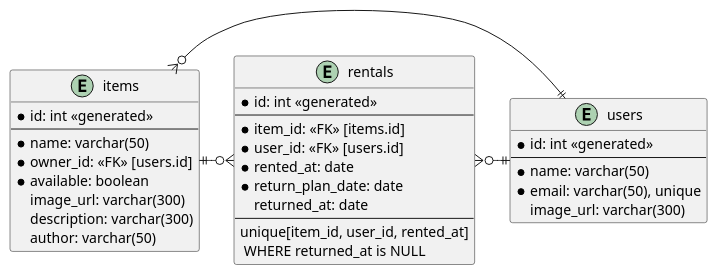
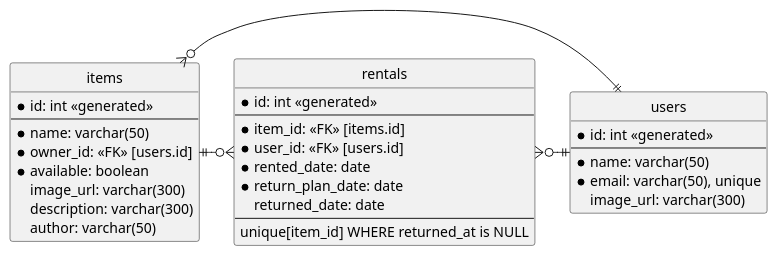
One commit to naoyuki1115/chan-kari changed the diagram in docs/er_diagram/er_diagram.pu. Above: the diagram before and after it, drawn with PlantUML. The commit also changed 23 other files, not shown here.

```diff
--- a/docs/er_diagram/er_diagram.pu
+++ b/docs/er_diagram/er_diagram.pu
@@ -1,36 +1,38 @@
 @startuml
+hide circle
+
 entity "users" {
   * id: int <<generated>>
   --
   * name: varchar(50)
   * email: varchar(50), unique
     image_url: varchar(300)
 }
 
 entity "items" {
   *id: int <<generated>>
   --
   * name: varchar(50)
   * owner_id: <<FK>> [users.id]
   * available: boolean
     image_url: varchar(300)
     description: varchar(300)
     author: varchar(50)
 }
 
 entity "rentals" {
   * id: int <<generated>>
   --
   * item_id: <<FK>> [items.id]
   * user_id: <<FK>> [users.id]
-  * rented_at: date
+  * rented_date: date
   * return_plan_date: date
-  returned_at: date
+  returned_date: date
   --
-  unique[item_id, user_id, rented_at]\n WHERE returned_at is NULL
+  unique[item_id] WHERE returned_at is NULL
 }
 
 users ||-l-o{ rentals
 items ||-r-o{ rentals
 users ||-l-o{ items
 @enduml
```
